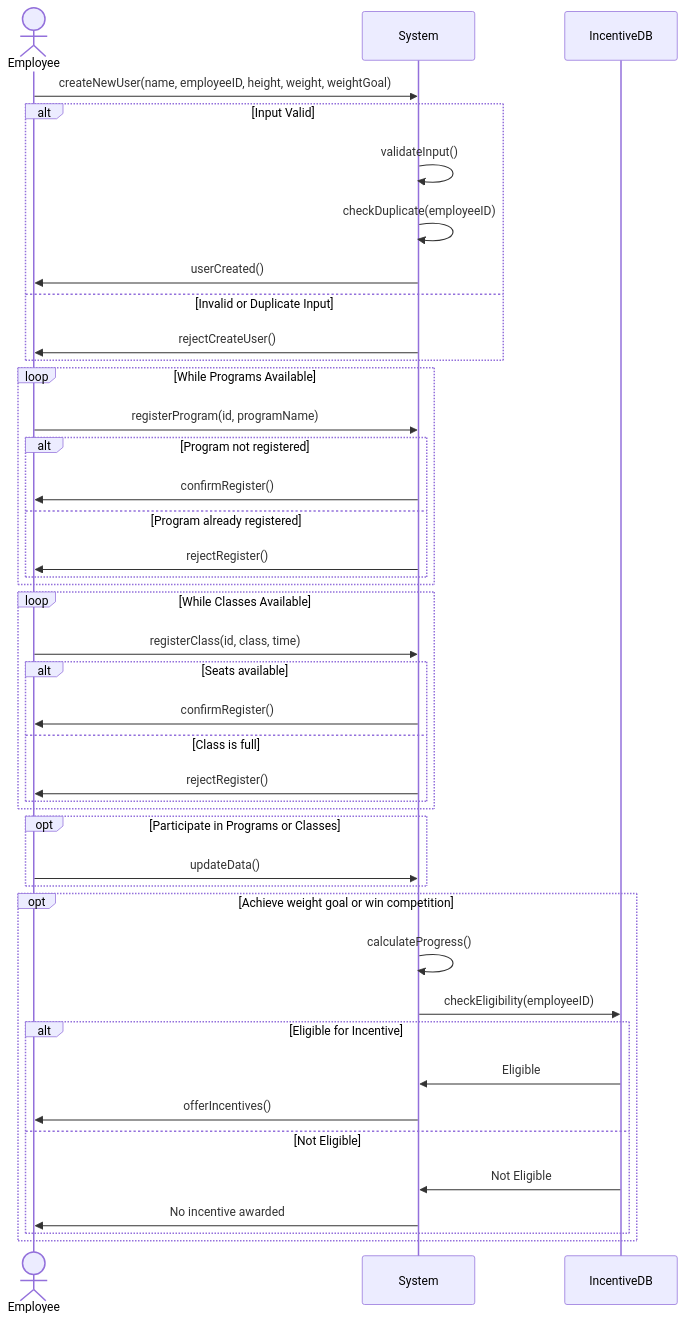
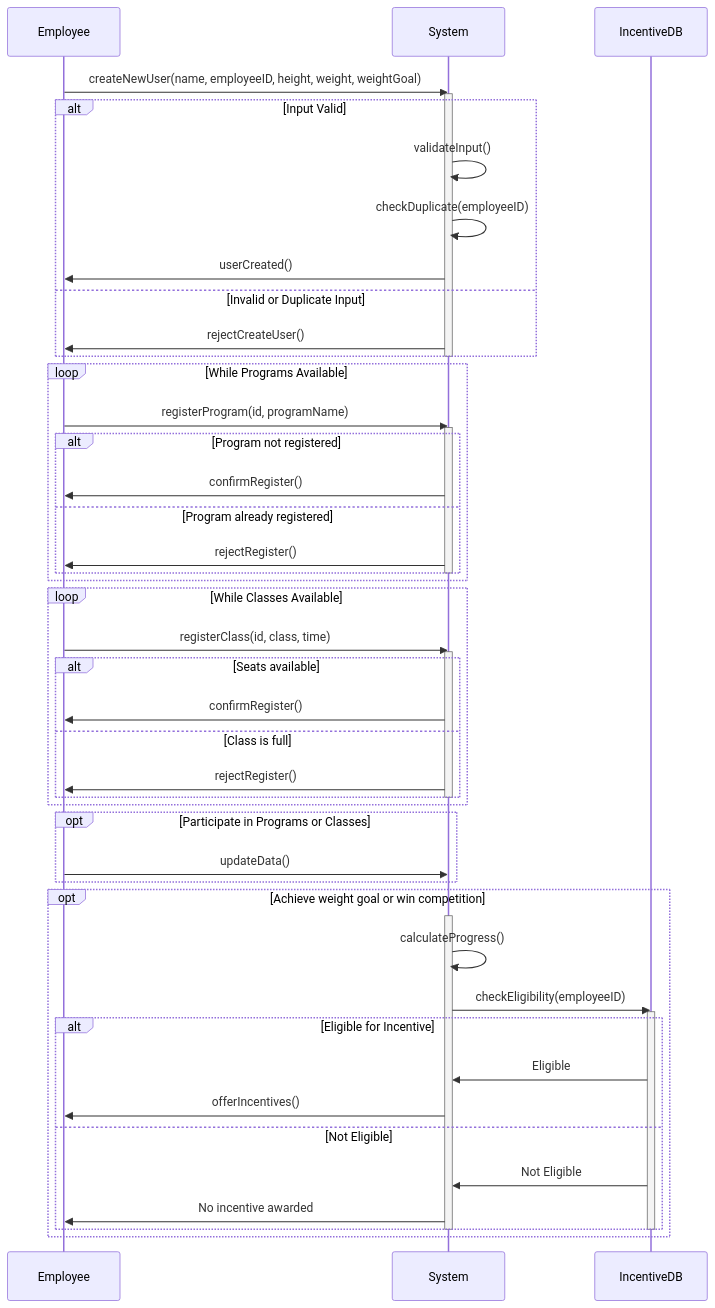
The diagram in all/未命名-1.md (seven8301/iodraw-files), drawn with Mermaid before and after one commit.

Commit message:
2024-10-15 16:37:41 update

````diff
--- a/all/未命名-1.md
+++ b/all/未命名-1.md
@@ -1,49 +1,59 @@
 ```mermaid
 sequenceDiagram
-    actor Employee
+    participant Employee
     participant System
     participant IncentiveDB
 
     Employee->>System: createNewUser(name, employeeID, height, weight, weightGoal)
+    activate System
     alt Input Valid
         System->>System: validateInput()
         System->>System: checkDuplicate(employeeID)
         System->>Employee: userCreated()
     else Invalid or Duplicate Input
         System->>Employee: rejectCreateUser()
     end
-
+    deactivate System
+    
     loop While Programs Available
         Employee->>System: registerProgram(id, programName)
+        activate System
         alt Program not registered
             System->>Employee: confirmRegister()
         else Program already registered
             System->>Employee: rejectRegister()
         end
+        deactivate System
     end
 
     loop While Classes Available
         Employee->>System: registerClass(id, class, time)
+        activate System
         alt Seats available
             System->>Employee: confirmRegister()
         else Class is full
             System->>Employee: rejectRegister()
         end
+        deactivate System
     end
 
     opt Participate in Programs or Classes
         Employee->>System: updateData()
     end
 
     opt Achieve weight goal or win competition
+        activate System
         System->>System: calculateProgress()
         System->>IncentiveDB: checkEligibility(employeeID)
+        activate IncentiveDB
         alt Eligible for Incentive
             IncentiveDB->>System: Eligible
             System->>Employee: offerIncentives()
         else Not Eligible
             IncentiveDB->>System: Not Eligible
             System->>Employee: No incentive awarded
         end
+        deactivate IncentiveDB
+        deactivate System
     end
 ```
````
